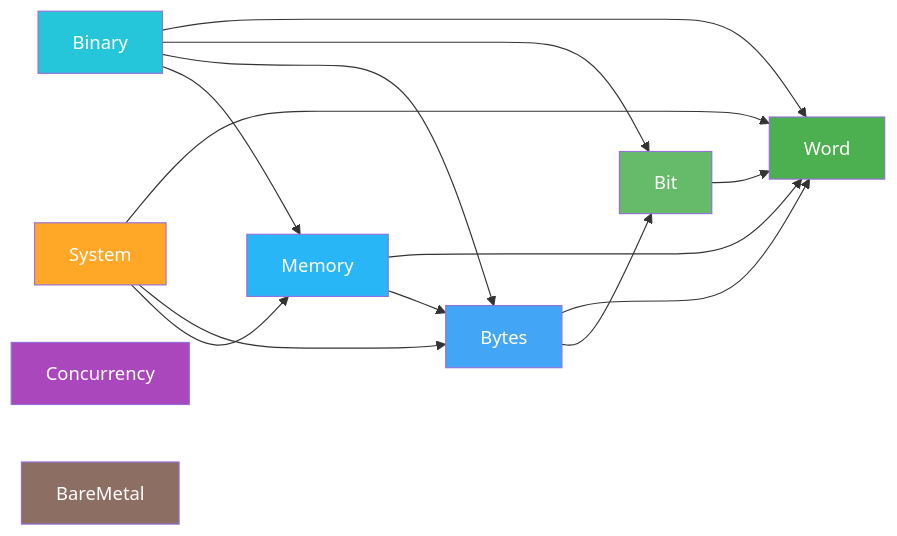
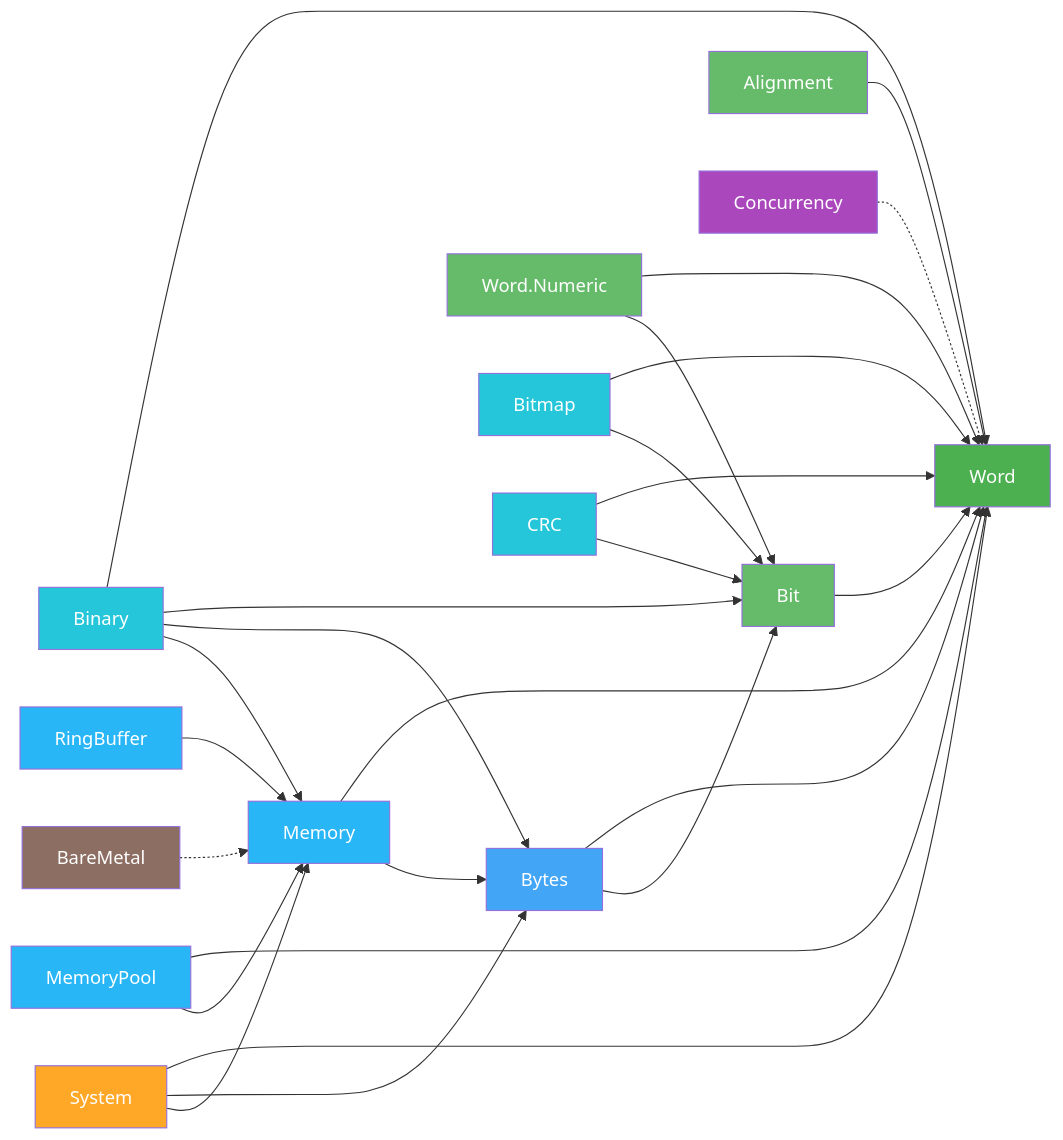
One commit to Provenance-Works/Radix changed the first of 2 diagrams in docs/en/architecture/module-dependency.md. Above: the diagram before and after it, drawn with Mermaid. The commit also changed other lines of this file and 22 other files, not shown here.

````diff
--- a/docs/en/architecture/module-dependency.md
+++ b/docs/en/architecture/module-dependency.md
@@ -7,26 +7,42 @@
 ```mermaid
 graph LR
     Word["Word"]
     Bit["Bit"] --> Word
     Bytes["Bytes"] --> Word
     Bytes --> Bit
+    Numeric["Word.Numeric"] --> Word
+    Numeric --> Bit
     Memory["Memory"] --> Word
     Memory --> Bytes
     Binary["Binary"] --> Word
     Binary --> Bit
     Binary --> Bytes
     Binary --> Memory
+    Alignment["Alignment"] --> Word
+    RingBuffer["RingBuffer"] --> Memory
+    Bitmap["Bitmap"] --> Word
+    Bitmap --> Bit
+    CRC["CRC"] --> Word
+    CRC --> Bit
+    MemoryPool["MemoryPool"] --> Word
+    MemoryPool --> Memory
     System["System"] --> Word
     System --> Bytes
     System --> Memory
-    Concurrency["Concurrency"]
-    BareMetal["BareMetal"]
+    Concurrency["Concurrency"] -.-> Word
+    BareMetal["BareMetal"] -.-> Memory
     style Word fill:#4CAF50,color:white
     style Bit fill:#66BB6A,color:white
     style Bytes fill:#42A5F5,color:white
     style Memory fill:#29B6F6,color:white
     style Binary fill:#26C6DA,color:white
+    style Numeric fill:#66BB6A,color:white
+    style Alignment fill:#66BB6A,color:white
+    style RingBuffer fill:#29B6F6,color:white
+    style Bitmap fill:#26C6DA,color:white
+    style CRC fill:#26C6DA,color:white
+    style MemoryPool fill:#29B6F6,color:white
     style System fill:#FFA726,color:white
     style Concurrency fill:#AB47BC,color:white
     style BareMetal fill:#8D6E63,color:white
 ```
````
